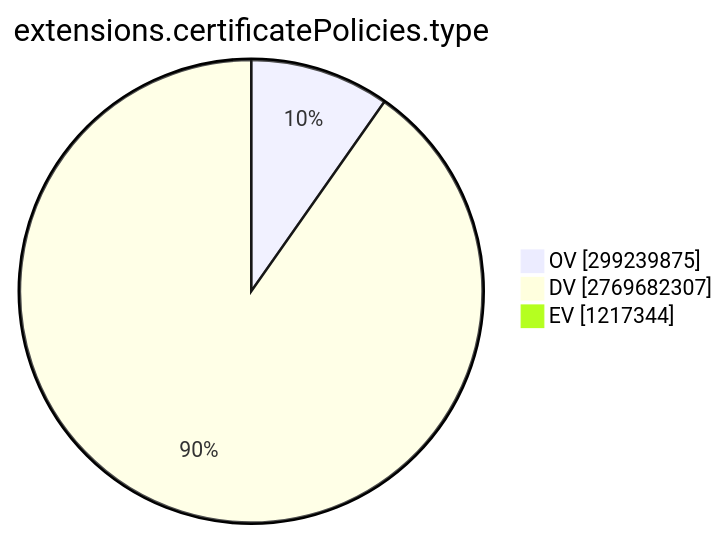
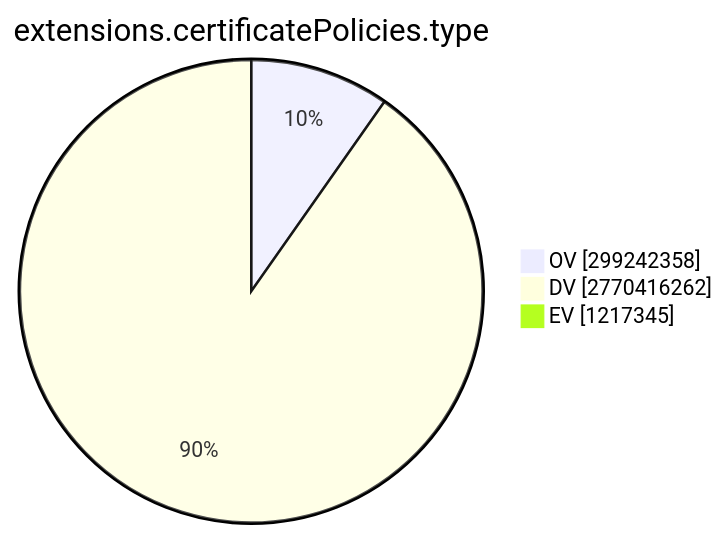
One commit to christiankrug/ctmonitor_visualization changed the ninth of 15 diagrams in TOTAL/README.md. Above: the diagram before and after it, drawn with Mermaid. The commit also changed other lines of this file, not shown here.

````diff
--- a/TOTAL/README.md
+++ b/TOTAL/README.md
@@ -3101,7 +3101,7 @@
 ```mermaid
 pie showData
 title extensions.certificatePolicies.type
-"OV" :299239875
-"DV" :2769682307
-"EV" :1217344
+"OV" :299242358
+"DV" :2770416262
+"EV" :1217345
 ```
````
